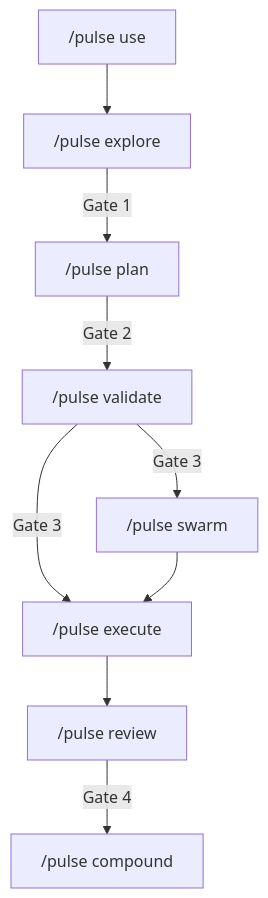
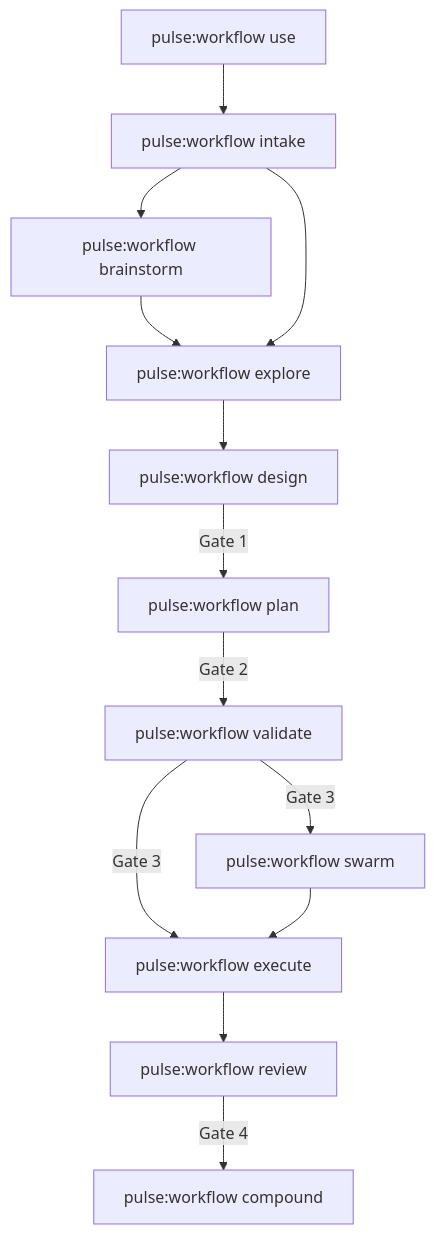
One commit to quanpersie2001/pulse changed the diagram in docs/ARCHITECTURE.md. Above: the diagram before and after it, drawn with Mermaid. The commit also changed other lines of this file and 21 other files, not shown here.

````diff
--- a/docs/ARCHITECTURE.md
+++ b/docs/ARCHITECTURE.md
@@ -20,11 +20,15 @@
 ```mermaid
 flowchart TD
-    US["/pulse use"] --> EX["/pulse explore"]
-    EX -->|Gate 1| PL["/pulse plan"]
-    PL -->|Gate 2| VA["/pulse validate"]
-    VA -->|Gate 3| SW["/pulse swarm"]
-    VA -->|Gate 3| WK["/pulse execute"]
+    US["pulse:workflow use"] --> IN["pulse:workflow intake"]
+    IN --> BR["pulse:workflow brainstorm"]
+    BR --> EX["pulse:workflow explore"]
+    IN --> EX
+    EX --> DE["pulse:workflow design"]
+    DE -->|Gate 1| PL["pulse:workflow plan"]
+    PL -->|Gate 2| VA["pulse:workflow validate"]
+    VA -->|Gate 3| SW["pulse:workflow swarm"]
+    VA -->|Gate 3| WK["pulse:workflow execute"]
     SW --> WK
-    WK --> RV["/pulse review"]
-    RV -->|Gate 4| CP["/pulse compound"]
+    WK --> RV["pulse:workflow review"]
+    RV -->|Gate 4| CP["pulse:workflow compound"]
 ```
````
